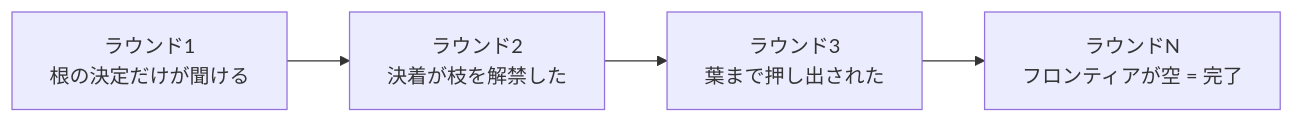
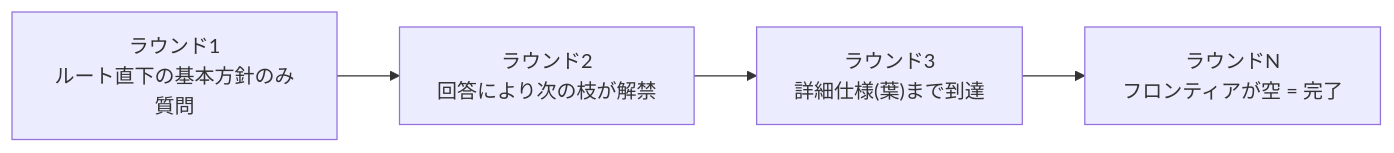
One commit to uehaj/zenn-articles changed the second of 5 diagrams in articles/grilling-frontier-design-tree.md. Above: the diagram before and after it, drawn with Mermaid. The commit also changed other lines of this file, not shown here.

````diff
--- a/articles/grilling-frontier-design-tree.md
+++ b/articles/grilling-frontier-design-tree.md
@@ -93,4 +93,4 @@
 ```mermaid
 flowchart LR
-    R1["ラウンド1<br>根の決定だけが聞ける"] --> R2["ラウンド2<br>決着が枝を解禁した"] --> R3["ラウンド3<br>葉まで押し出された"] --> RN["ラウンドN<br>フロンティアが空 = 完了"]
+    R1["ラウンド1<br>ルート直下の基本方針のみ質問"] --> R2["ラウンド2<br>回答により次の枝が解禁"] --> R3["ラウンド3<br>詳細仕様(葉)まで到達"] --> RN["ラウンドN<br>フロンティアが空 = 完了"]
 ```
````
